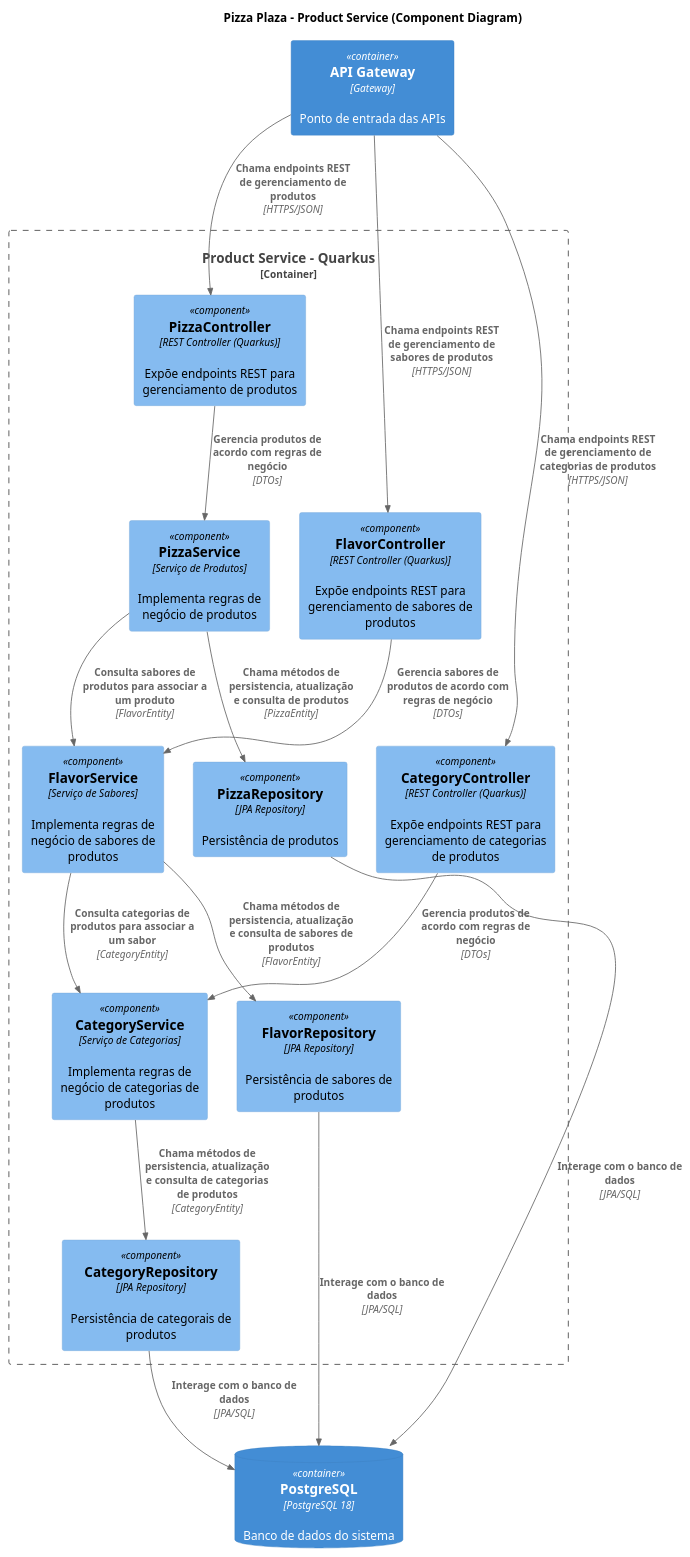
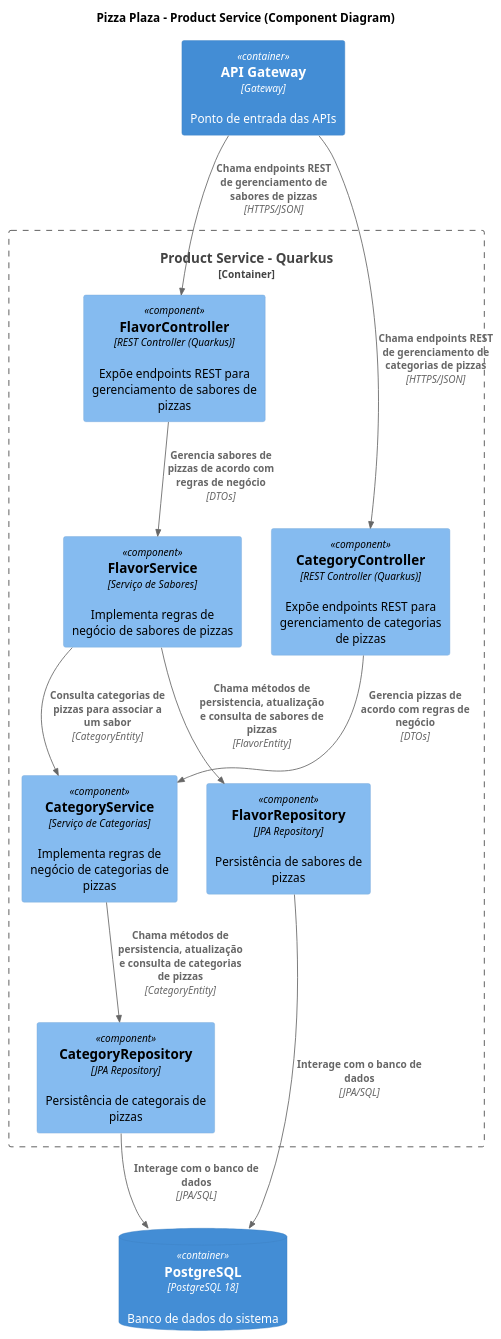
One commit to Luis-Fernando-Pereira/pizzaplaza changed the diagram in docs/c4/Components/product_service.puml. Above: the diagram before and after it, drawn with PlantUML. The commit also changed 11 other files, not shown here.

```diff
--- a/docs/c4/Components/product_service.puml
+++ b/docs/c4/Components/product_service.puml
@@ -1,52 +1,33 @@
 @startuml C4_Component_ProductService
 !include https://raw.githubusercontent.com/plantuml-stdlib/C4-PlantUML/master/C4_Component.puml
 
 title Pizza Plaza - Product Service (Component Diagram)
 
 Container(api_gateway, "API Gateway", "Gateway", "Ponto de entrada das APIs")
 
 Container_Boundary(product_microservice, "Product Service - Quarkus") {
+    Component(flavor_controller, "FlavorController", "REST Controller (Quarkus)","Expõe endpoints REST para gerenciamento de sabores de pizzas")
+    Component(flavor_service, "FlavorService", "Serviço de Sabores","Implementa regras de negócio de sabores de pizzas")
+    Component(flavor_repository, "FlavorRepository", "JPA Repository","Persistência de sabores de pizzas")
 
-    Component(pizza_controller, "PizzaController", "REST Controller (Quarkus)","Expõe endpoints REST para gerenciamento de produtos")
-
-    Component(flavor_controller, "FlavorController", "REST Controller (Quarkus)","Expõe endpoints REST para gerenciamento de sabores de produtos")
-    Component(flavor_service, "FlavorService", "Serviço de Sabores","Implementa regras de negócio de sabores de produtos")
-    Component(flavor_repository, "FlavorRepository", "JPA Repository","Persistência de sabores de produtos")
-
-    Component(category_controller, "CategoryController", "REST Controller (Quarkus)", "Expõe endpoints REST para gerenciamento de categorias de produtos")
-
-    Component(pizza_service, "PizzaService", "Serviço de Produtos","Implementa regras de negócio de produtos")
-
-    Component(category_service, "CategoryService", "Serviço de Categorias","Implementa regras de negócio de categorias de produtos")
-
-    Component(pizza_repository, "PizzaRepository", "JPA Repository","Persistência de produtos")
-
-    Component(category_repository, "CategoryRepository", "JPA Repository","Persistência de categorais de produtos")
-
+    Component(category_controller, "CategoryController", "REST Controller (Quarkus)", "Expõe endpoints REST para gerenciamento de categorias de pizzas")
+    Component(category_service, "CategoryService", "Serviço de Categorias","Implementa regras de negócio de categorias de pizzas")
+    Component(category_repository, "CategoryRepository", "JPA Repository","Persistência de categorais de pizzas")
 }
 
 ContainerDb(database, "PostgreSQL", "PostgreSQL 18", "Banco de dados do sistema")
 
-Rel(api_gateway, flavor_controller, "Chama endpoints REST de gerenciamento de sabores de produtos", "HTTPS/JSON")
-Rel(flavor_controller, flavor_service, "Gerencia sabores de produtos de acordo com regras de negócio", "DTOs")
-Rel(flavor_service, flavor_repository, "Chama métodos de persistencia, atualização e consulta de sabores de produtos", "FlavorEntity")
+Rel(api_gateway, flavor_controller, "Chama endpoints REST de gerenciamento de sabores de pizzas", "HTTPS/JSON")
+Rel(flavor_controller, flavor_service, "Gerencia sabores de pizzas de acordo com regras de negócio", "DTOs")
+Rel(flavor_service, flavor_repository, "Chama métodos de persistencia, atualização e consulta de sabores de pizzas", "FlavorEntity")
 Rel(flavor_repository, database, "Interage com o banco de dados", "JPA/SQL")
 
-Rel(flavor_service, category_service, "Consulta categorias de produtos para associar a um sabor", "CategoryEntity")
+Rel(flavor_service, category_service, "Consulta categorias de pizzas para associar a um sabor", "CategoryEntity")
+Rel(api_gateway, category_controller, "Chama endpoints REST de gerenciamento de categorias de pizzas", "HTTPS/JSON")
 
-Rel(api_gateway, pizza_controller, "Chama endpoints REST de gerenciamento de produtos", "HTTPS/JSON")
-Rel(pizza_service, flavor_service, "Consulta sabores de produtos para associar a um produto", "FlavorEntity")
-
-Rel(api_gateway, category_controller, "Chama endpoints REST de gerenciamento de categorias de produtos", "HTTPS/JSON")
-
-Rel(pizza_controller, pizza_service, "Gerencia produtos de acordo com regras de negócio", "DTOs")
-Rel(category_controller, category_service, "Gerencia produtos de acordo com regras de negócio", "DTOs")
-
-Rel(category_service, category_repository, "Chama métodos de persistencia, atualização e consulta de categorias de produtos", "CategoryEntity")
-Rel(pizza_service, pizza_repository, "Chama métodos de persistencia, atualização e consulta de produtos", "PizzaEntity")
-
+Rel(category_controller, category_service, "Gerencia pizzas de acordo com regras de negócio", "DTOs")
+Rel(category_service, category_repository, "Chama métodos de persistencia, atualização e consulta de categorias de pizzas", "CategoryEntity")
 Rel(category_repository, database, "Interage com o banco de dados", "JPA/SQL")
-Rel(pizza_repository, database, "Interage com o banco de dados", "JPA/SQL")
 
 
 @enduml
```
